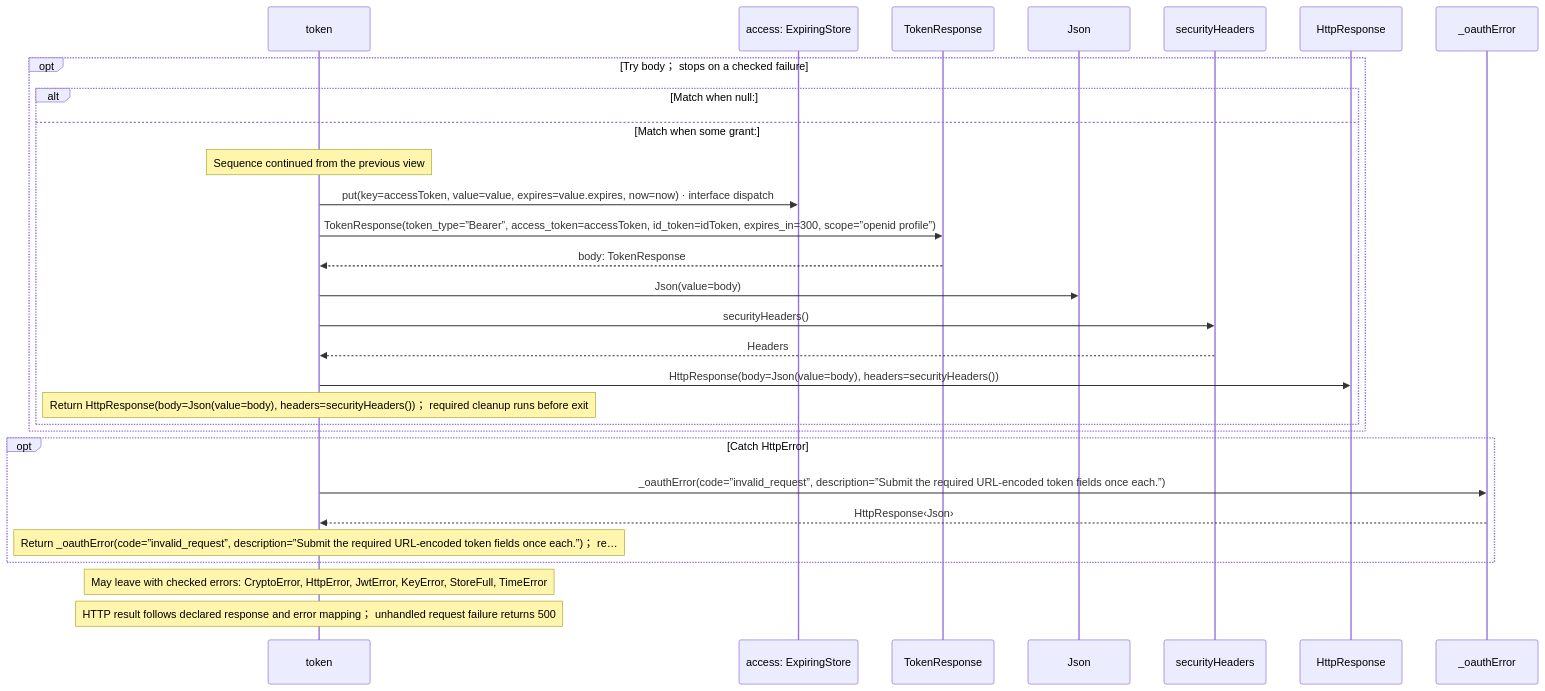
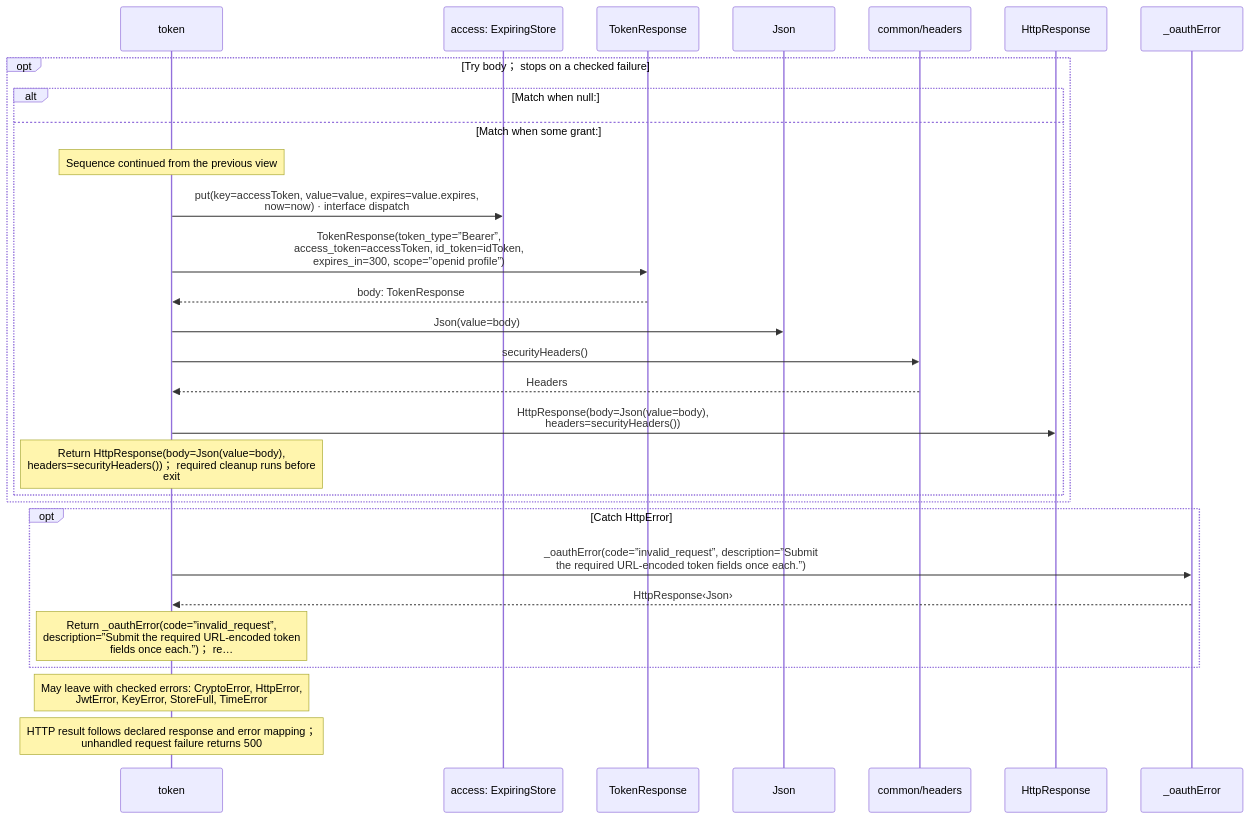
The sixth of 6 diagrams in docs/examples/oidc-login/provider/token-diagrams.md (GreenPandaStudios/augscript), drawn with Mermaid before and after one commit. The commit also changed other lines of this file and 200 other files, not shown here.

Commit message:
Group imported operations and wrap readable sequence messages

````diff
--- a/docs/examples/oidc-login/provider/token-diagrams.md
+++ b/docs/examples/oidc-login/provider/token-diagrams.md
@@ -223,31 +221,31 @@
 ```mermaid
 sequenceDiagram
     participant p0 as token
     participant p1 as access: ExpiringStore
     participant p2 as TokenResponse
     participant p3 as Json
-    participant p4 as securityHeaders
+    participant p4 as common/headers
     participant p5 as HttpResponse
     participant p6 as _oauthError
     opt Try body； stops on a checked failure
     alt Match when null:
     else Match when some grant:
     Note over p0: Sequence continued from the previous view
-    p0->>p1: put(key=accessToken, value=value, expires=value.expires, now=now) · interface dispatch
-    p0->>p2: TokenResponse(token_type=”Bearer”, access_token=accessToken, id_token=idToken, expires_in=300, scope=”openid profile”)
+    p0->>p1: put(key=accessToken, value=value, expires=value.expires,<br/>now=now) · interface dispatch
+    p0->>p2: TokenResponse(token_type=”Bearer”,<br/>access_token=accessToken, id_token=idToken,<br/>expires_in=300, scope=”openid profile”)
     p2-->>p0: body: TokenResponse
     p0->>p3: Json(value=body)
     p0->>p4: securityHeaders()
     p4-->>p0: Headers
-    p0->>p5: HttpResponse(body=Json(value=body), headers=securityHeaders())
-    Note over p0: Return HttpResponse(body=Json(value=body), headers=securityHeaders())； required cleanup runs before exit
+    p0->>p5: HttpResponse(body=Json(value=body),<br/>headers=securityHeaders())
+    Note over p0: Return HttpResponse(body=Json(value=body),<br/>headers=securityHeaders())； required cleanup runs before<br/>exit
     end
     end
     opt Catch HttpError
-    p0->>p6: _oauthError(code=”invalid_request”, description=”Submit the required URL-encoded token fields once each.”)
+    p0->>p6: _oauthError(code=”invalid_request”, description=”Submit<br/>the required URL-encoded token fields once each.”)
     p6-->>p0: HttpResponse‹Json›
-    Note over p0: Return _oauthError(code=”invalid_request”, description=”Submit the required URL-encoded token fields once each.”)； re…
+    Note over p0: Return _oauthError(code=”invalid_request”,<br/>description=”Submit the required URL-encoded token<br/>fields once each.”)； re…
     end
-    Note over p0: May leave with checked errors: CryptoError, HttpError, JwtError, KeyError, StoreFull, TimeError
-    Note over p0: HTTP result follows declared response and error mapping； unhandled request failure returns 500
+    Note over p0: May leave with checked errors: CryptoError, HttpError,<br/>JwtError, KeyError, StoreFull, TimeError
+    Note over p0: HTTP result follows declared response and error mapping；<br/>unhandled request failure returns 500
 ```
````
